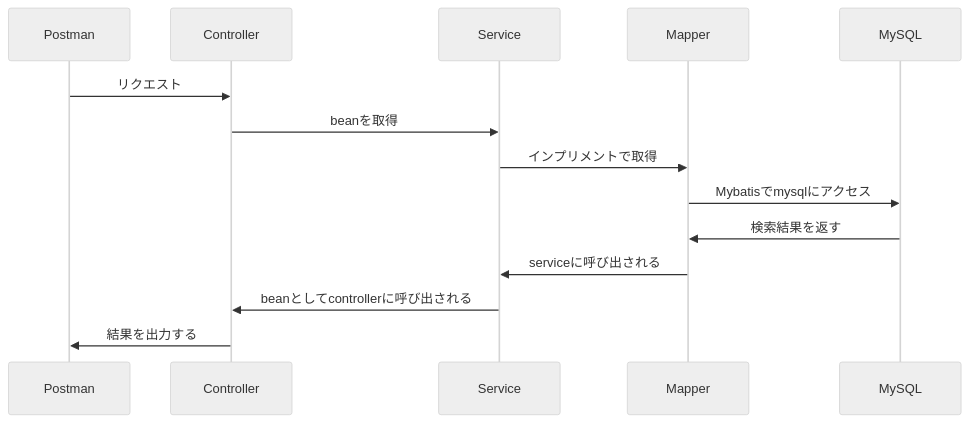
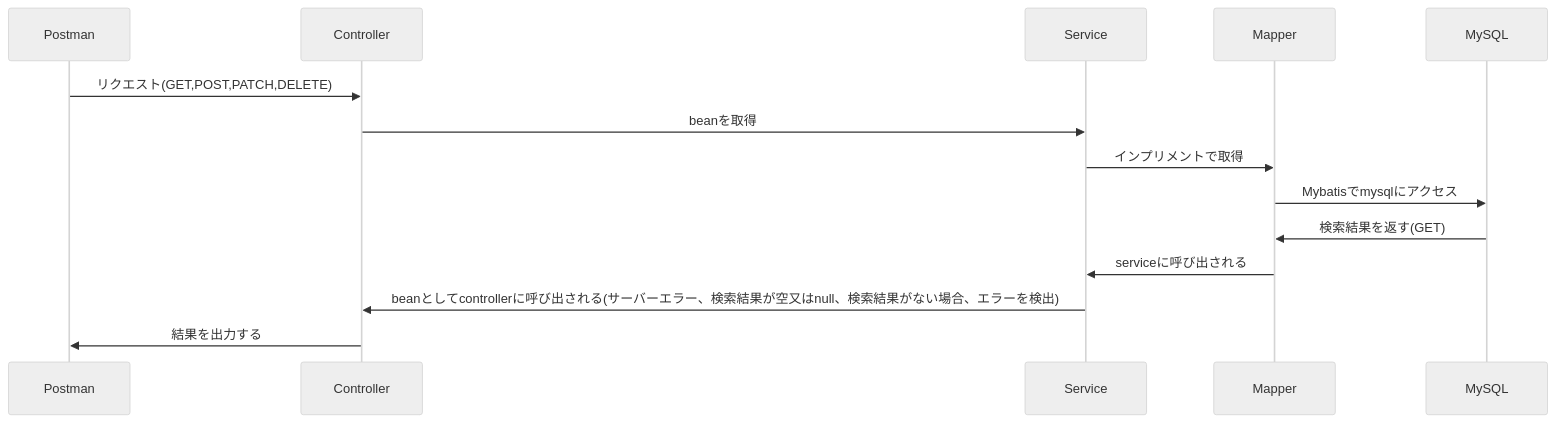
Before and after one commit to kainuma-sn/kadai7-9: the diagram in README.md, drawn with Mermaid (neutral theme).

````diff
--- a/README.md
+++ b/README.md
@@ -2,18 +2,18 @@
 ```mermaid
 sequenceDiagram
     participant postman as Postman
     participant controller as Controller
     participant service as Service
     participant mapper as Mapper
     participant mysql as MySQL
 
-    postman ->> controller: リクエスト
+    postman ->> controller: リクエスト(GET,POST,PATCH,DELETE)
     controller ->> service: beanを取得
     service ->> mapper: インプリメントで取得
     mapper ->> mysql: Mybatisでmysqlにアクセス
-    mysql ->> mapper: 検索結果を返す
+    mysql ->> mapper: 検索結果を返す(GET)
     mapper ->> service: serviceに呼び出される
-    service ->> controller: beanとしてcontrollerに呼び出される
+    service ->> controller: beanとしてcontrollerに呼び出される(サーバーエラー、検索結果が空又はnull、検索結果がない場合、エラーを検出)
     controller ->> postman: 結果を出力する
 
 ```
````
